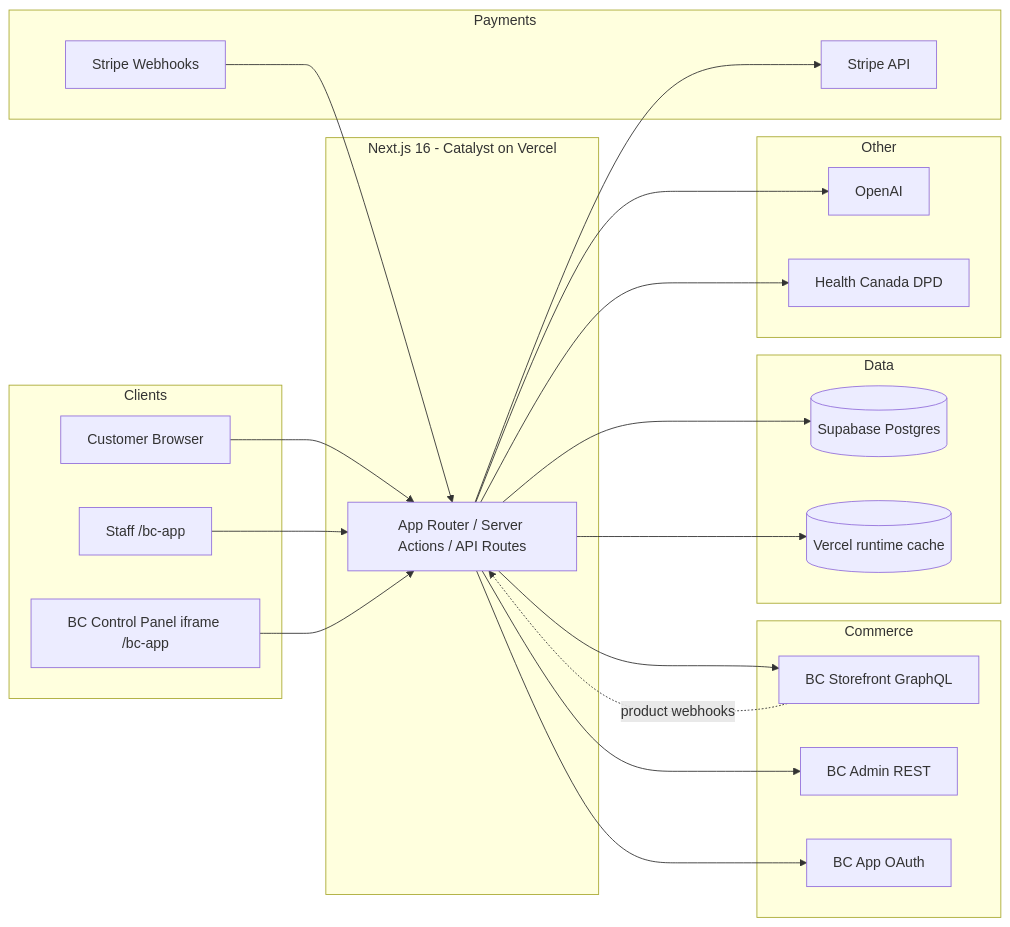
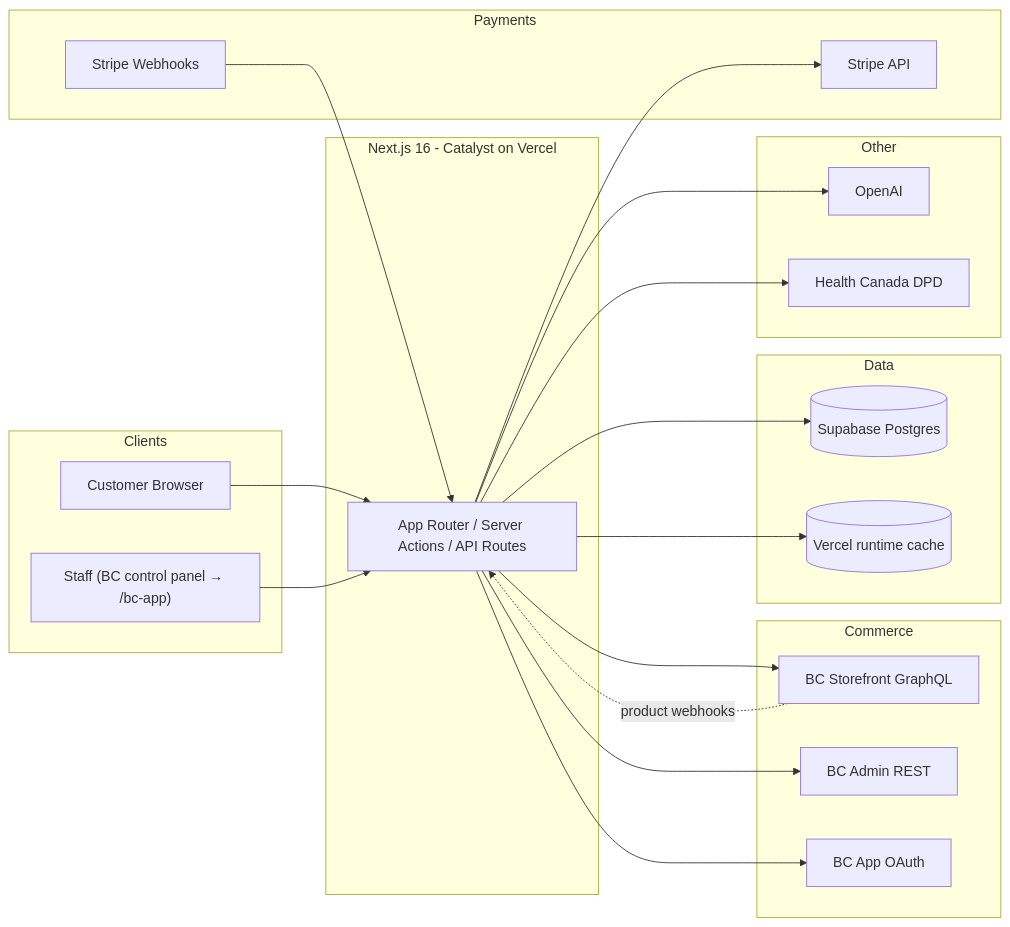
Before and after one commit to lolo19950603/liivv-test-catalyst-app: the first of 5 diagrams in docs/Liivv-Architecture-Deep-Dive.md, drawn with Mermaid. The commit also changed other lines of this file and 3 other files, not shown here.

Commit message:
Show staff as one /bc-app box in the architecture diagrams.

````diff
--- a/docs/Liivv-Architecture-Deep-Dive.md
+++ b/docs/Liivv-Architecture-Deep-Dive.md
@@ -50,47 +50,45 @@
 ```mermaid
 flowchart LR
   subgraph Clients
     C[Customer Browser]
-    S[Staff /bc-app]
-    B[BC Control Panel iframe /bc-app]
+    S["Staff (BC control panel → /bc-app)"]
   end
 
   subgraph Hub["Next.js 16 - Catalyst on Vercel"]
     N[App Router / Server Actions / API Routes]
   end
 
   subgraph Commerce
     BCG[BC Storefront GraphQL]
     BCA[BC Admin REST]
     BCO[BC App OAuth]
   end
 
   subgraph Data
     SB[(Supabase Postgres)]
     KV[(Vercel runtime cache)]
   end
 
   subgraph Payments
     STK[Stripe API]
     STW[Stripe Webhooks]
   end
 
   subgraph Other
     AI[OpenAI]
     DPD[Health Canada DPD]
   end
 
   C --> N
   S --> N
-  B --> N
   N --> BCG
   N --> BCA
   N --> BCO
   N --> SB
   N --> KV
   N --> STK
   N --> AI
   N --> DPD
   STW --> N
   BCG -.->|product webhooks| N
 ```
````
